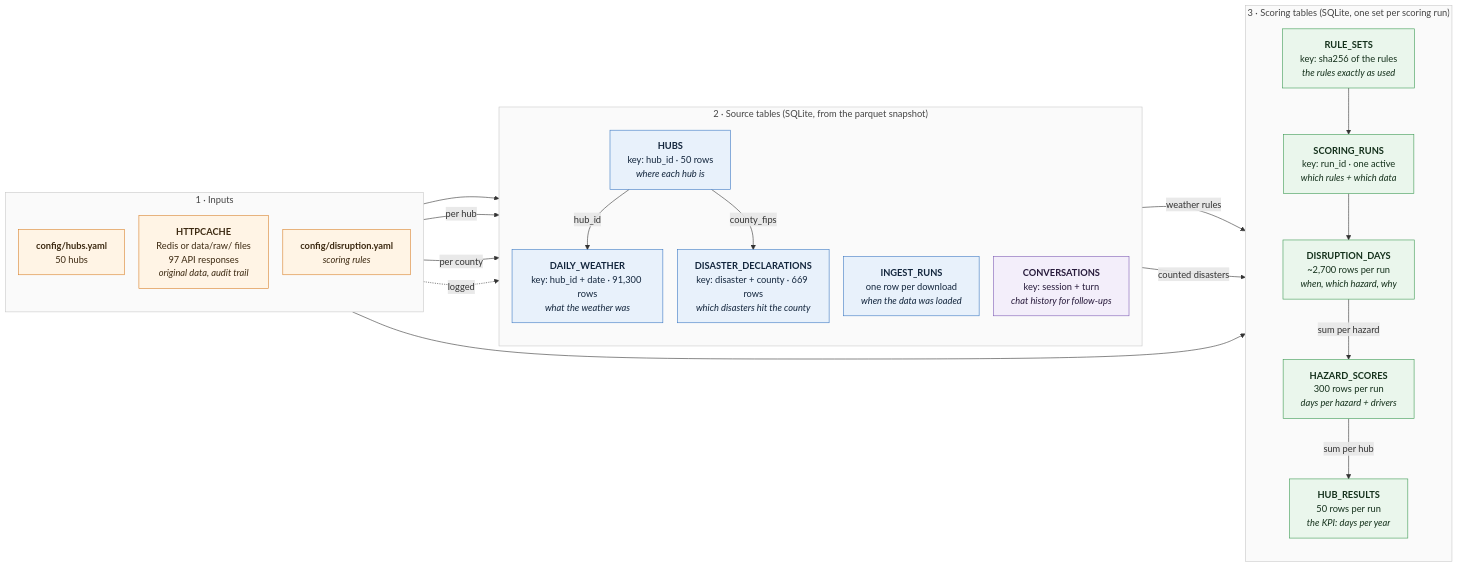
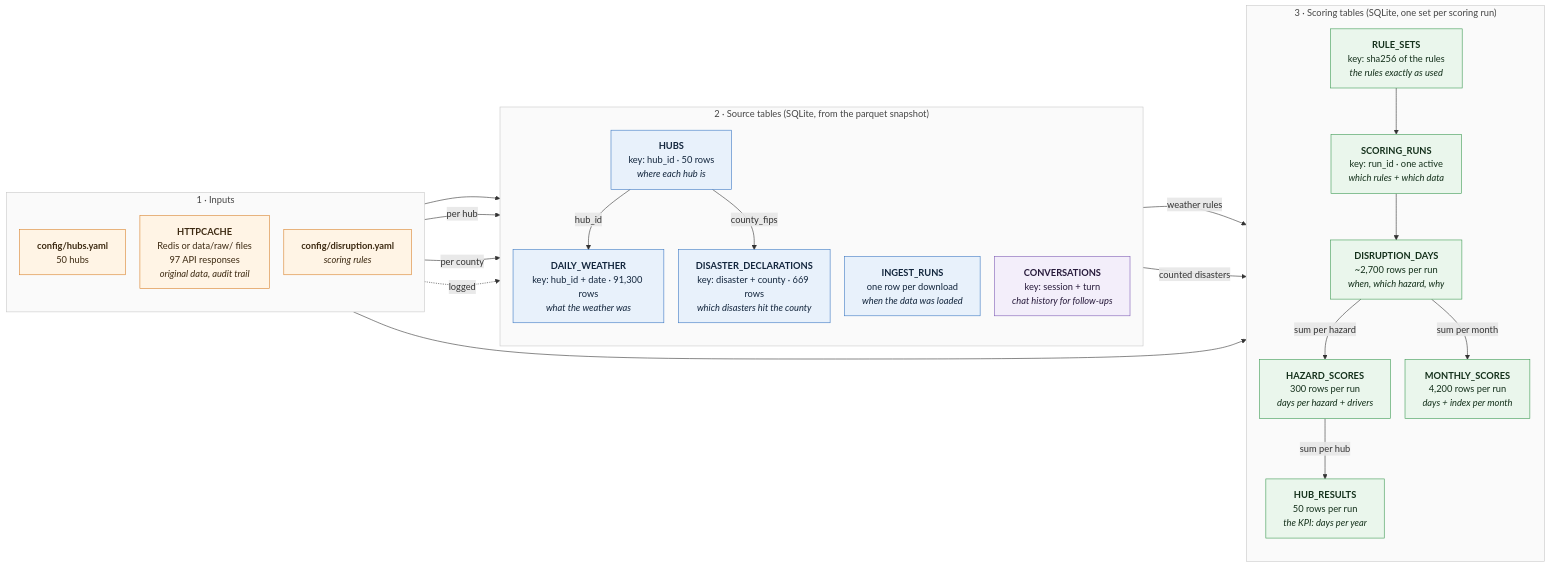
One commit to Omer212111/Home-assignment-Moveo changed the diagram in docs/DATA_MODEL.md. Above: the diagram before and after it, drawn with Mermaid. The commit also changed other lines of this file and 13 other files, not shown here.

First line of the commit message:
Index per month, season and period with a pro-rated reference (monthly indices average to the annual index); monthly_scores table; monthly index in the UI

````diff
--- a/docs/DATA_MODEL.md
+++ b/docs/DATA_MODEL.md
@@ -8,59 +8,61 @@
 ```mermaid
 ---
 config:
   flowchart:
     curve: basis
     nodeSpacing: 25
     rankSpacing: 55
 ---
 flowchart LR
     subgraph L1["1 · Inputs"]
         direction TB
         Y["<b>config/hubs.yaml</b><br/>50 hubs"]
         HC["<b>HTTPCACHE</b><br/>Redis or data/raw/ files<br/>97 API responses<br/><i>original data, audit trail</i>"]
         RY["<b>config/disruption.yaml</b><br/><i>scoring rules</i>"]
     end
 
     subgraph L2["2 · Source tables (SQLite, from the parquet snapshot)"]
         direction TB
         H["<b>HUBS</b><br/>key: hub_id · 50 rows<br/><i>where each hub is</i>"]
         W["<b>DAILY_WEATHER</b><br/>key: hub_id + date · 91,300 rows<br/><i>what the weather was</i>"]
         D["<b>DISASTER_DECLARATIONS</b><br/>key: disaster + county · 669 rows<br/><i>which disasters hit the county</i>"]
         I["<b>INGEST_RUNS</b><br/>one row per download<br/><i>when the data was loaded</i>"]
         C["<b>CONVERSATIONS</b><br/>key: session + turn<br/><i>chat history for follow-ups</i>"]
     end
 
     subgraph L3["3 · Scoring tables (SQLite, one set per scoring run)"]
         direction TB
         RS["<b>RULE_SETS</b><br/>key: sha256 of the rules<br/><i>the rules exactly as used</i>"]
         SR["<b>SCORING_RUNS</b><br/>key: run_id · one active<br/><i>which rules + which data</i>"]
         DD["<b>DISRUPTION_DAYS</b><br/>~2,700 rows per run<br/><i>when, which hazard, why</i>"]
         HZ["<b>HAZARD_SCORES</b><br/>300 rows per run<br/><i>days per hazard + drivers</i>"]
         HR["<b>HUB_RESULTS</b><br/>50 rows per run<br/><i>the KPI: days per year</i>"]
+        MS["<b>MONTHLY_SCORES</b><br/>4,200 rows per run<br/><i>days + index per month</i>"]
     end
 
     Y --> H
     HC -- "per hub" --> W
     HC -- "per county" --> D
     HC -. "logged" .-> I
     RY --> RS
     H -- "hub_id" --> W
     H -- "county_fips" --> D
     RS --> SR
     W -- "weather rules" --> DD
     D -- "counted disasters" --> DD
     SR --> DD
     DD -- "sum per hazard" --> HZ
     HZ -- "sum per hub" --> HR
+    DD -- "sum per month" --> MS
 
     classDef cache fill:#fff4e5,stroke:#d9822b,color:#3d2a12
     classDef sql fill:#e8f1fb,stroke:#3b78c3,color:#13263d
     classDef score fill:#eaf6ec,stroke:#3c9a52,color:#14301b
     classDef chat fill:#f3eefa,stroke:#7d5bb5,color:#271a3b
     classDef layer fill:#fafafa,stroke:#c8c8c8,color:#444
     class HC,Y,RY cache
     class H,W,D,I sql
     class C chat
-    class RS,SR,DD,HZ,HR score
+    class RS,SR,DD,HZ,HR,MS score
     class L1,L2,L3 layer
 ```
````
